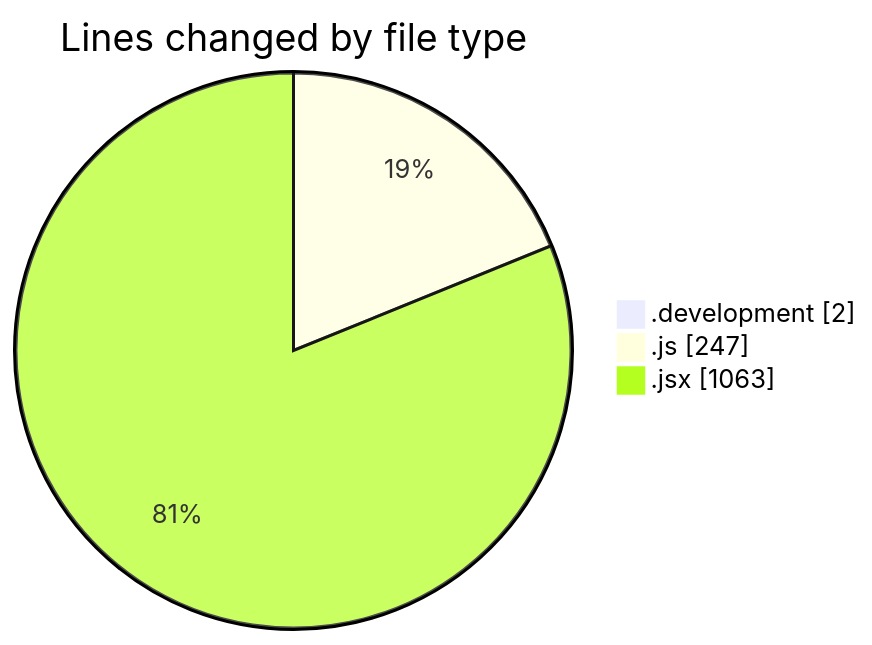
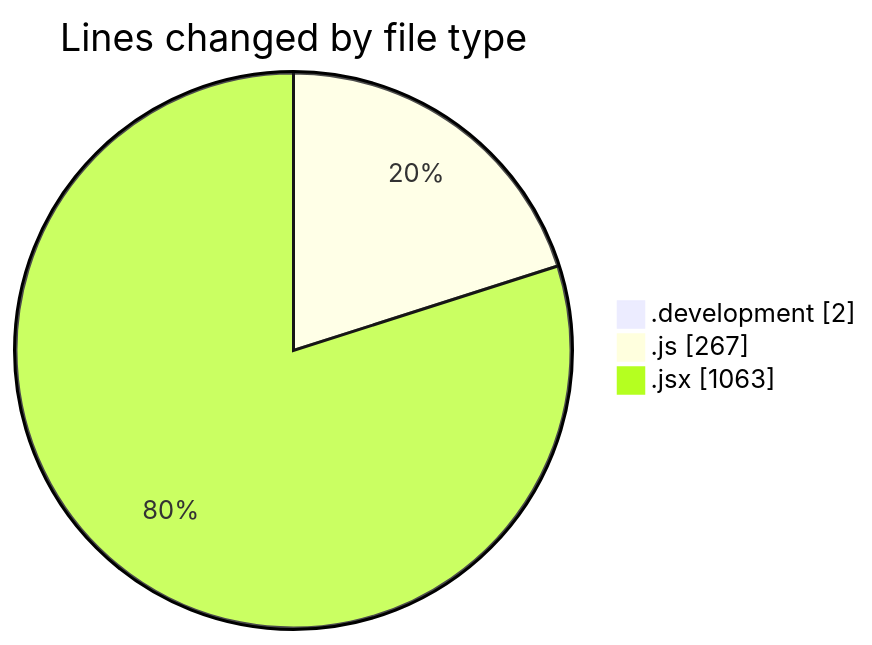
The first of 2 diagrams in 2025-11-10/nxtqube_webapp/README.md (nxtqubesakshisongat/code-tracking), drawn with Mermaid before and after one commit. The commit also changed other lines of this file and 1 other file, not shown here.

````diff
--- a/2025-11-10/nxtqube_webapp/README.md
+++ b/2025-11-10/nxtqube_webapp/README.md
@@ -26,7 +26,7 @@
 ```mermaid
 pie showData
 title Lines changed by file type
 ".development" : 2
-".js" : 247
+".js" : 267
 ".jsx" : 1063
 ```
````
